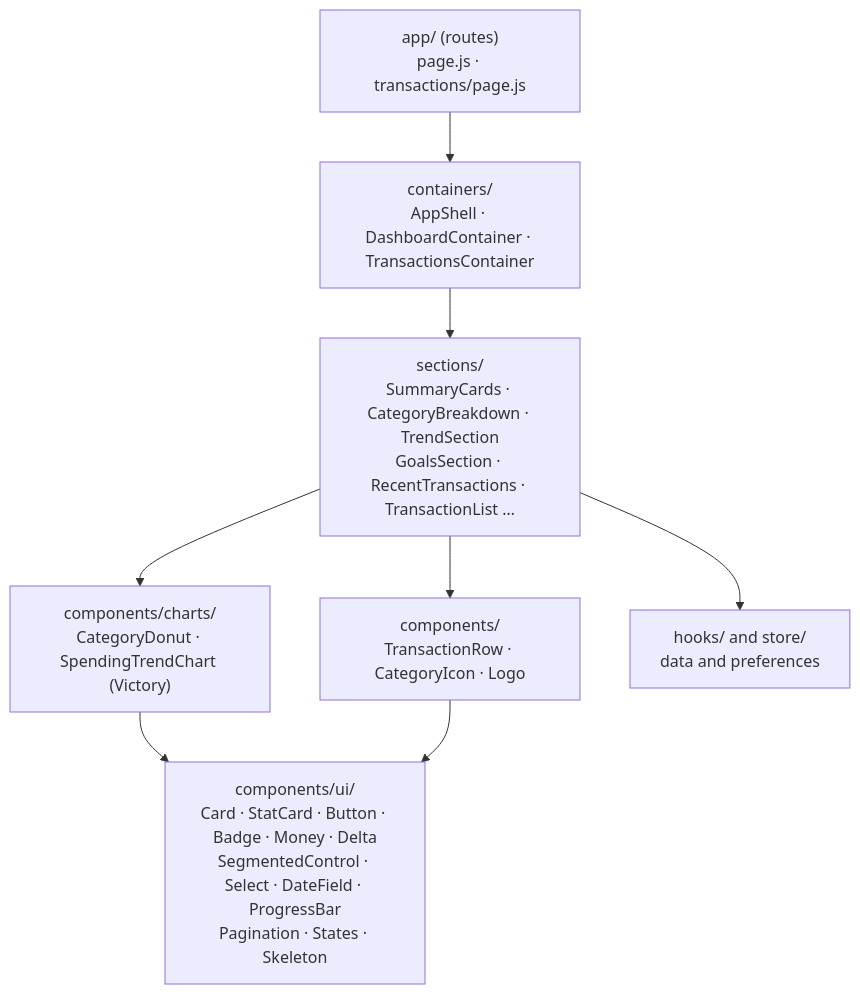
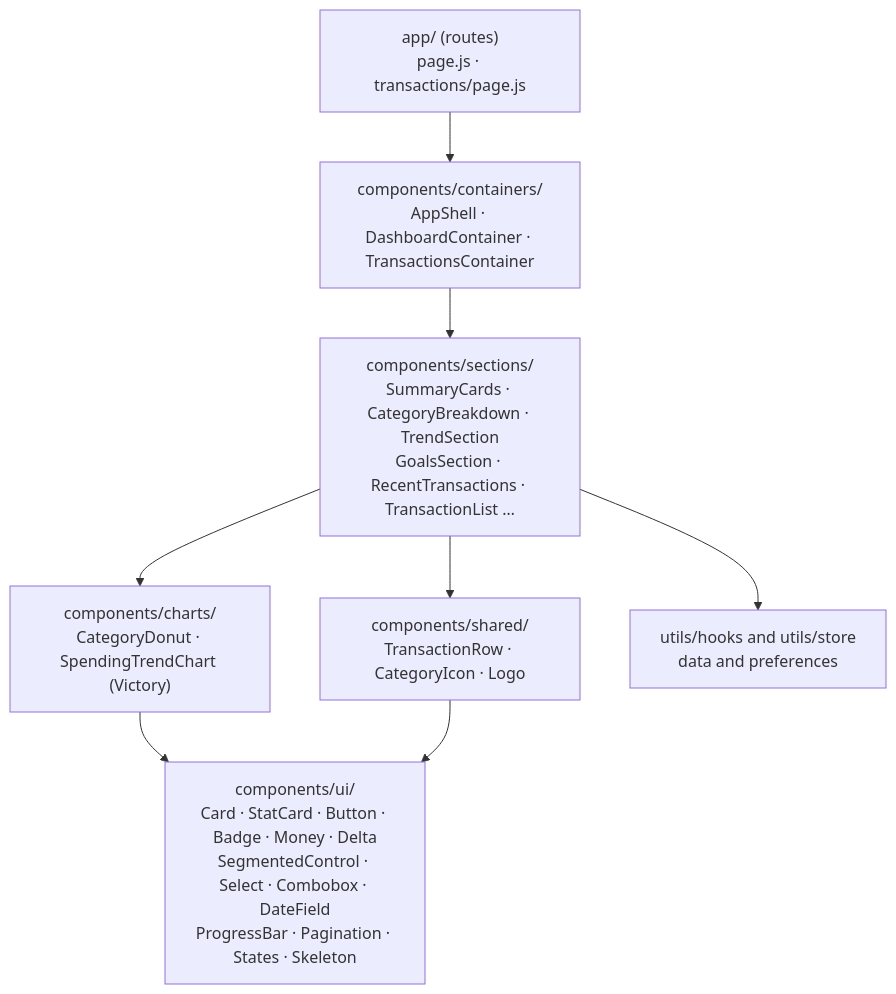
Before and after one commit to NazoSnare/capitec-spending-insights: the third of 3 diagrams in README.md, drawn with Mermaid. The commit also changed other lines of this file and 48 other files, not shown here.

````diff
--- a/README.md
+++ b/README.md
@@ -145,10 +149,10 @@
 ```mermaid
 flowchart TB
-  P["app/ (routes)<br/>page.js · transactions/page.js"] --> CO["containers/<br/>AppShell · DashboardContainer · TransactionsContainer"]
-  CO --> SE["sections/<br/>SummaryCards · CategoryBreakdown · TrendSection<br/>GoalsSection · RecentTransactions · TransactionList …"]
+  P["app/ (routes)<br/>page.js · transactions/page.js"] --> CO["components/containers/<br/>AppShell · DashboardContainer · TransactionsContainer"]
+  CO --> SE["components/sections/<br/>SummaryCards · CategoryBreakdown · TrendSection<br/>GoalsSection · RecentTransactions · TransactionList …"]
   SE --> CH["components/charts/<br/>CategoryDonut · SpendingTrendChart (Victory)"]
-  SE --> SH["components/<br/>TransactionRow · CategoryIcon · Logo"]
-  SE --> HK["hooks/ and store/<br/>data and preferences"]
-  CH --> UI["components/ui/<br/>Card · StatCard · Button · Badge · Money · Delta<br/>SegmentedControl · Select · DateField · ProgressBar<br/>Pagination · States · Skeleton"]
+  SE --> SH["components/shared/<br/>TransactionRow · CategoryIcon · Logo"]
+  SE --> HK["utils/hooks and utils/store<br/>data and preferences"]
+  CH --> UI["components/ui/<br/>Card · StatCard · Button · Badge · Money · Delta<br/>SegmentedControl · Select · Combobox · DateField<br/>ProgressBar · Pagination · States · Skeleton"]
   SH --> UI
 ```
````
